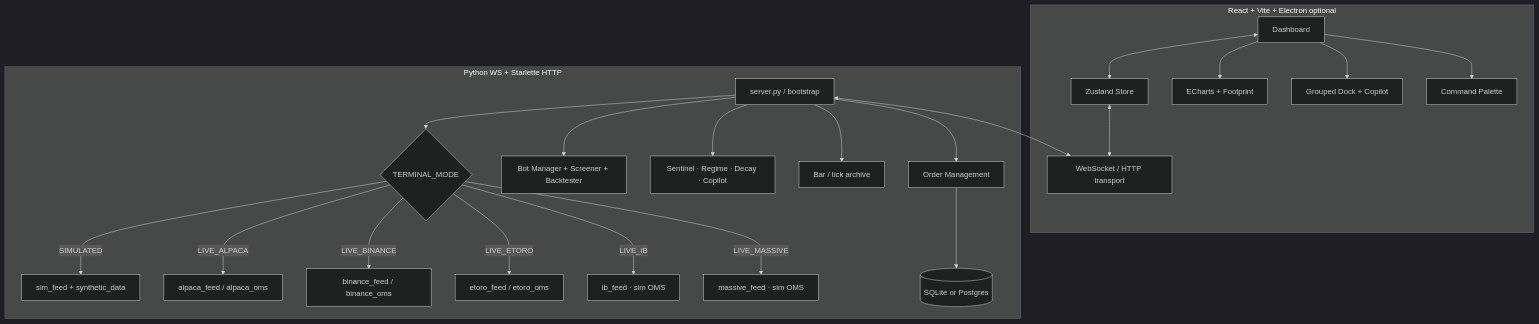
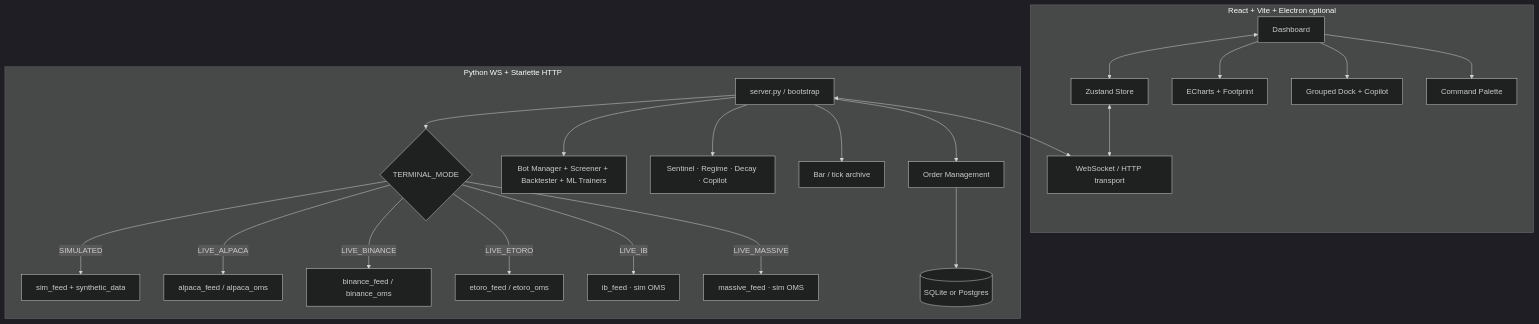
One commit to Dhim001/Antigravity-Trading-Terminal-2 changed the diagram in README.md. Above: the diagram before and after it, drawn with Mermaid (dark theme). The commit also changed other lines of this file, not shown here.

````diff
--- a/README.md
+++ b/README.md
@@ -45,26 +48,26 @@
 ```mermaid
 graph TD
     subgraph Frontend [React + Vite + Electron optional]
         UI[Dashboard] <--> Store[Zustand Store]
         Store <--> WS_Client[WebSocket / HTTP transport]
         UI --> Chart[ECharts + Footprint]
         UI --> Dock[Grouped Dock + Copilot]
         UI --> Palette[Command Palette]
     end
 
     subgraph Backend [Python WS + Starlette HTTP]
         WS_Server[server.py / bootstrap] <--> WS_Client
         WS_Server --> Mode{TERMINAL_MODE}
         Mode -->|SIMULATED| SimFeed[sim_feed + synthetic_data]
         Mode -->|LIVE_ALPACA| Alpaca[alpaca_feed / alpaca_oms]
         Mode -->|LIVE_BINANCE| Binance[binance_feed / binance_oms]
         Mode -->|LIVE_ETORO| Etoro[etoro_feed / etoro_oms]
         Mode -->|LIVE_IB| IB[ib_feed · sim OMS]
         Mode -->|LIVE_MASSIVE| Massive[massive_feed · sim OMS]
-        WS_Server --> Bots[Bot Manager + Screener + Backtester]
+        WS_Server --> Bots[Bot Manager + Screener + Backtester + ML Trainers]
         WS_Server --> Agents[Sentinel · Regime · Decay · Copilot]
         WS_Server --> Archive[Bar / tick archive]
         WS_Server --> OMS[Order Management]
         OMS --> DB[(SQLite or Postgres)]
     end
 ```
````
